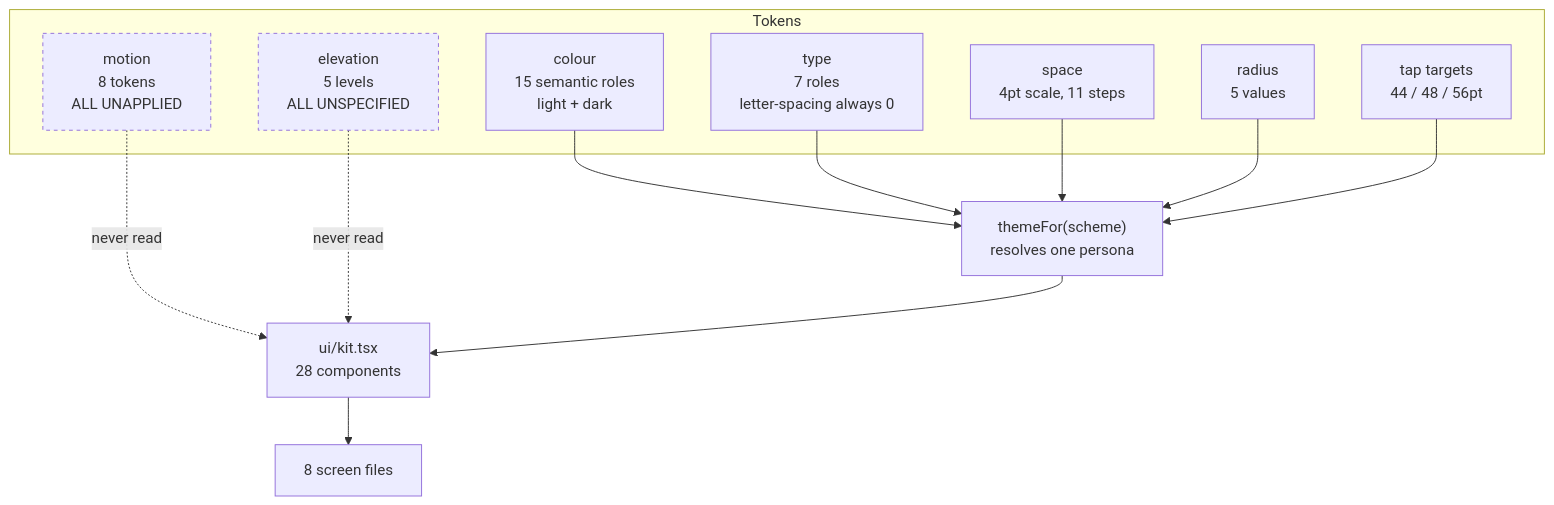
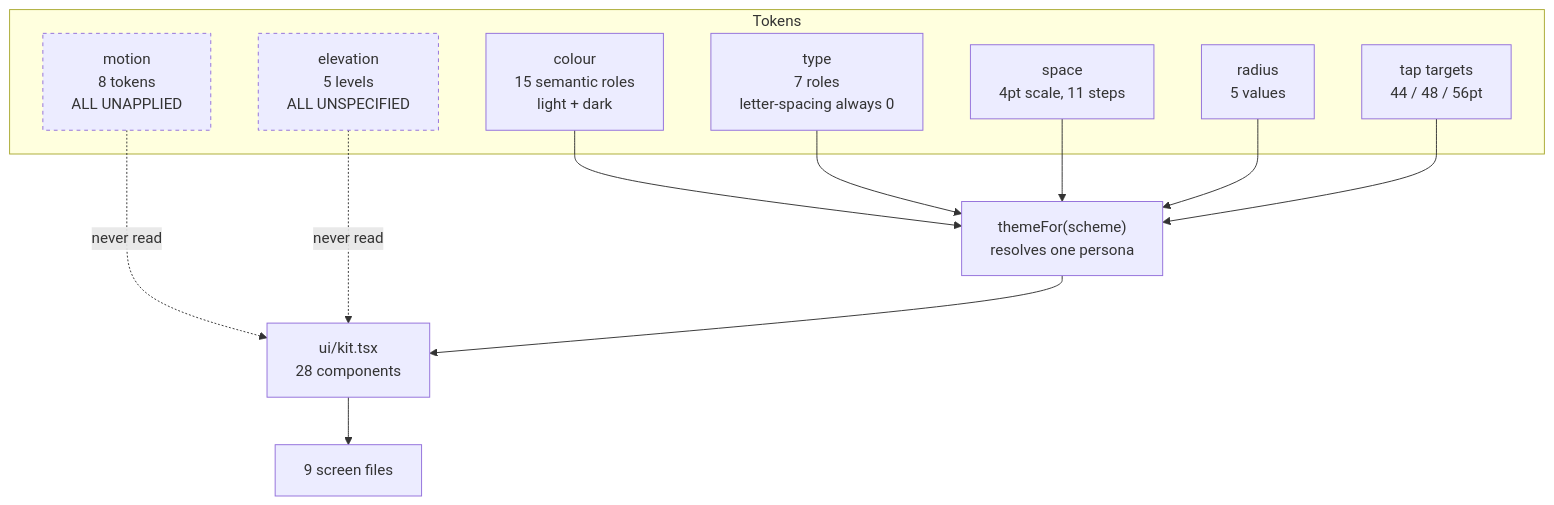
The fourth of 6 diagrams in docs/design/DIAGRAMS.md (alinasser21001b-blip/adlytic), drawn with Mermaid before and after one commit. The commit also changed 24 other files, not shown here.

````diff
--- a/docs/design/DIAGRAMS.md
+++ b/docs/design/DIAGRAMS.md
@@ -154,26 +154,26 @@
 ```mermaid
 flowchart TD
   subgraph Tokens
     color["colour<br/>15 semantic roles<br/>light + dark"]
     type["type<br/>7 roles<br/>letter-spacing always 0"]
     space["space<br/>4pt scale, 11 steps"]
     radius["radius<br/>5 values"]
     tap["tap targets<br/>44 / 48 / 56pt"]
     motion["motion<br/>8 tokens<br/>ALL UNAPPLIED"]
     elevation["elevation<br/>5 levels<br/>ALL UNSPECIFIED"]
   end
   theme["themeFor(scheme)<br/>resolves one persona"]
   kit["ui/kit.tsx<br/>28 components"]
-  screens["8 screen files"]
+  screens["9 screen files"]
   color --> theme
   type --> theme
   space --> theme
   radius --> theme
   tap --> theme
   motion -.never read.-> kit
   elevation -.never read.-> kit
   theme --> kit
   kit --> screens
   classDef dead stroke-dasharray: 4 4;
   class motion,elevation dead;
 ```
````
